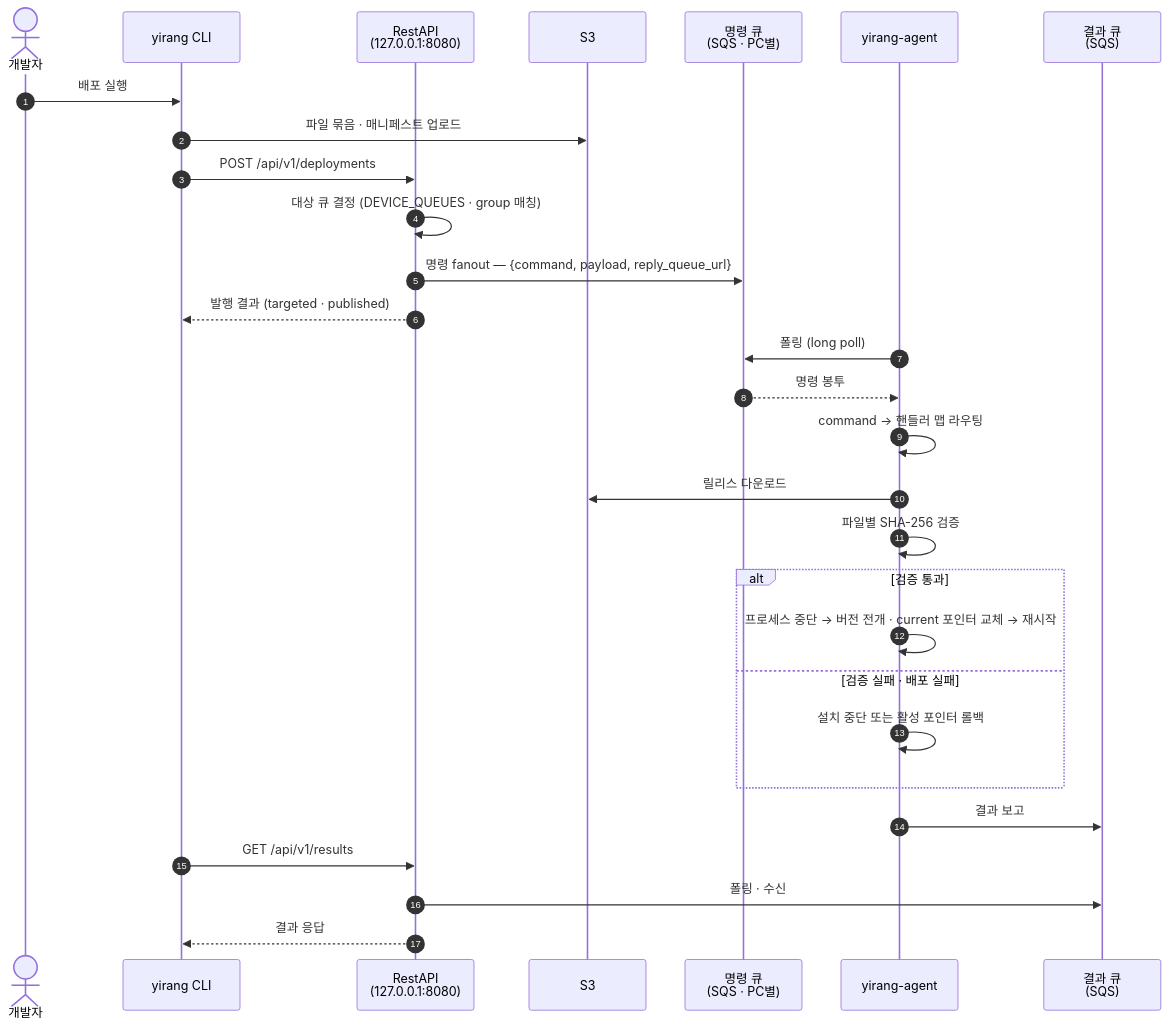
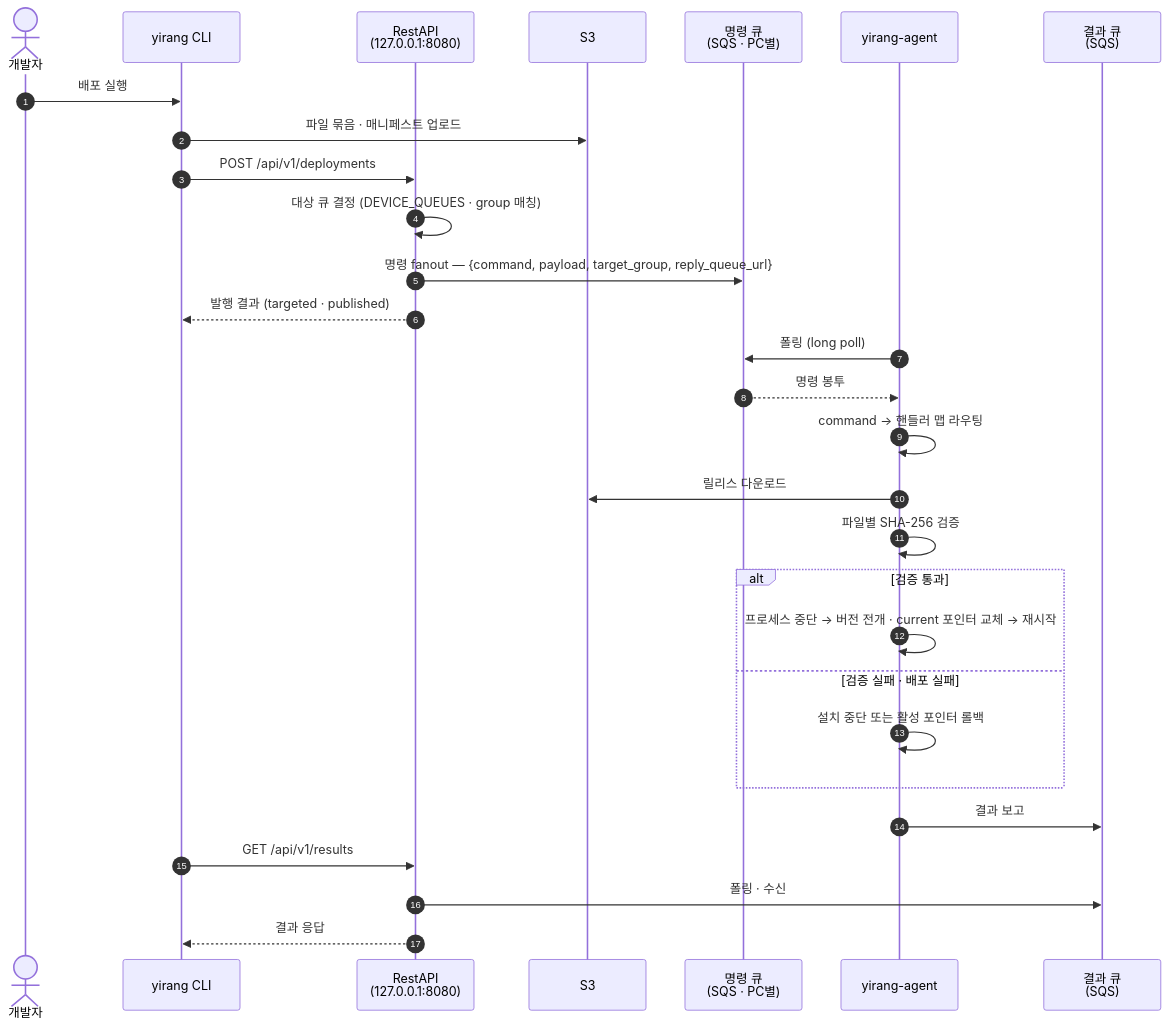
Before and after one commit to ngee044/yirang-rollout: the second of 4 diagrams in README.md, drawn with Mermaid. The commit also changed other lines of this file and 60 other files, not shown here.

````diff
--- a/README.md
+++ b/README.md
@@ -47,35 +47,35 @@
 ```mermaid
 sequenceDiagram
     autonumber
     actor Dev as 개발자
     participant CLI as yirang CLI
     participant API as RestAPI<br/>(127.0.0.1:8080)
     participant S3 as S3
     participant CQ as 명령 큐<br/>(SQS · PC별)
     participant Agent as yirang-agent
     participant RQ as 결과 큐<br/>(SQS)
 
     Dev->>CLI: 배포 실행
     CLI->>S3: 파일 묶음 · 매니페스트 업로드
     CLI->>API: POST /api/v1/deployments
     API->>API: 대상 큐 결정 (DEVICE_QUEUES · group 매칭)
-    API->>CQ: 명령 fanout — {command, payload, reply_queue_url}
+    API->>CQ: 명령 fanout — {command, payload, target_group, reply_queue_url}
     API-->>CLI: 발행 결과 (targeted · published)
 
     Agent->>CQ: 폴링 (long poll)
     CQ-->>Agent: 명령 봉투
     Agent->>Agent: command → 핸들러 맵 라우팅
     Agent->>S3: 릴리스 다운로드
     Agent->>Agent: 파일별 SHA-256 검증
 
     alt 검증 통과
         Agent->>Agent: 프로세스 중단 → 버전 전개 · current 포인터 교체 → 재시작
     else 검증 실패 · 배포 실패
         Agent->>Agent: 설치 중단 또는 활성 포인터 롤백
     end
 
     Agent->>RQ: 결과 보고
     CLI->>API: GET /api/v1/results
     API->>RQ: 폴링 · 수신
     API-->>CLI: 결과 응답
 ```
````
